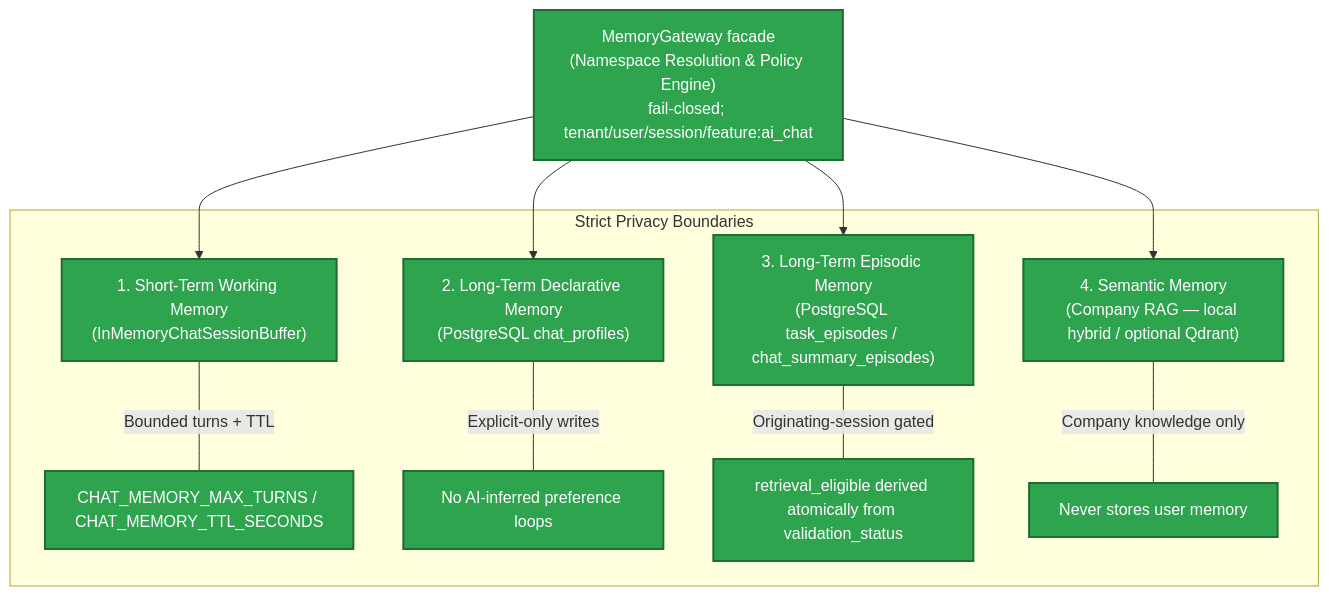
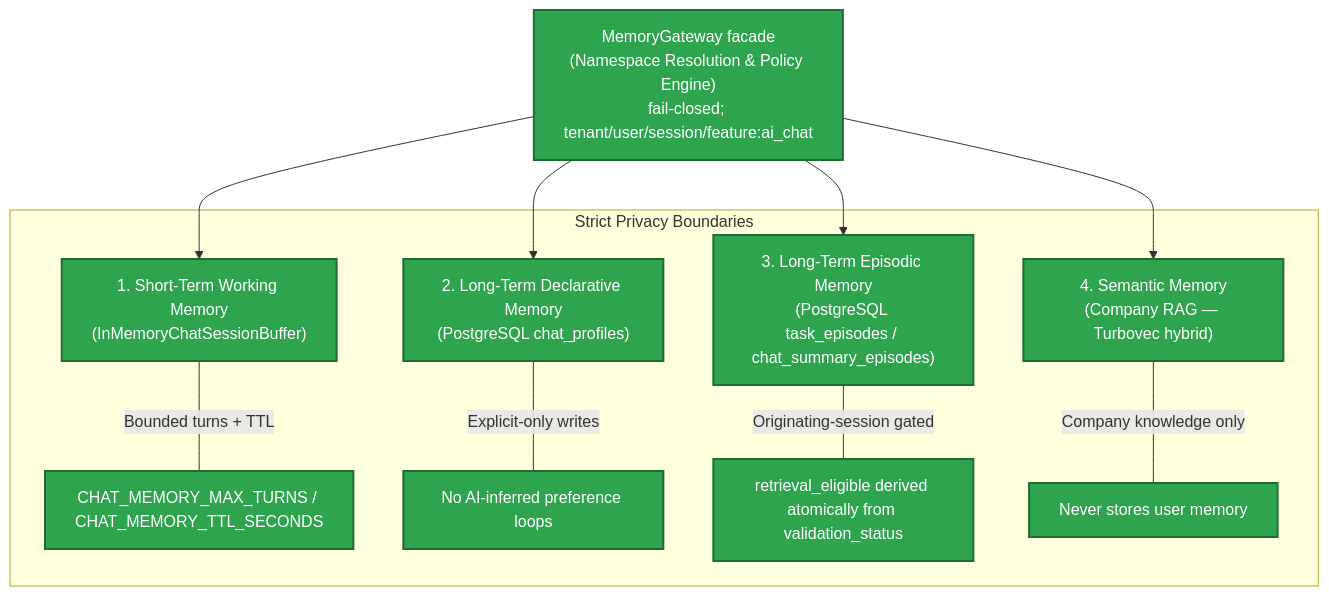
The first of 2 diagrams in docs/references/understand/memory-system-and-chat-demo-analysis.md (MathematicGuy/EMAIL-AGENT-v1), drawn with Mermaid before and after one commit. The commit also changed other lines of this file and 50 other files, not shown here.

First line of the commit message:
Remove company-plane Qdrant and sync ADR-008 docs

````diff
--- a/docs/references/understand/memory-system-and-chat-demo-analysis.md
+++ b/docs/references/understand/memory-system-and-chat-demo-analysis.md
@@ -27,20 +27,20 @@
 ```mermaid
 flowchart TD
     classDef green fill:#2ea44f,stroke:#1e6b33,stroke-width:2px,color:#ffffff;
     classDef red fill:#cb2431,stroke:#8e1621,stroke-width:2px,color:#ffffff;
     classDef yellow fill:#d97706,stroke:#92400e,stroke-width:2px,color:#ffffff;
 
     GW["MemoryGateway facade<br/>(Namespace Resolution & Policy Engine)<br/>fail-closed; tenant/user/session/feature:ai_chat"]:::green
 
     GW --> WM["1. Short-Term Working Memory<br/>(InMemoryChatSessionBuffer)"]:::green
     GW --> DM["2. Long-Term Declarative Memory<br/>(PostgreSQL chat_profiles)"]:::green
     GW --> EM["3. Long-Term Episodic Memory<br/>(PostgreSQL task_episodes / chat_summary_episodes)"]:::green
-    GW --> SM["4. Semantic Memory<br/>(Company RAG — local hybrid / optional Qdrant)"]:::green
+    GW --> SM["4. Semantic Memory<br/>(Company RAG — Turbovec hybrid)"]:::green
 
     subgraph Boundaries["Strict Privacy Boundaries"]
         WM ---|"Bounded turns + TTL"| WM_POLICY["CHAT_MEMORY_MAX_TURNS / CHAT_MEMORY_TTL_SECONDS"]:::green
         DM ---|"Explicit-only writes"| DM_POLICY["No AI-inferred preference loops"]:::green
         EM ---|"Originating-session gated"| EM_GATE["retrieval_eligible derived atomically from validation_status"]:::green
         SM ---|"Company knowledge only"| SM_POLICY["Never stores user memory"]:::green
     end
 ```
````
